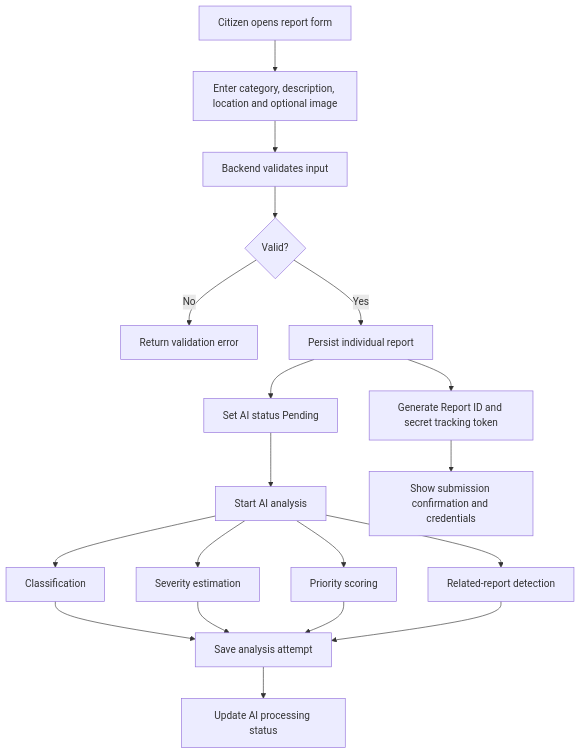
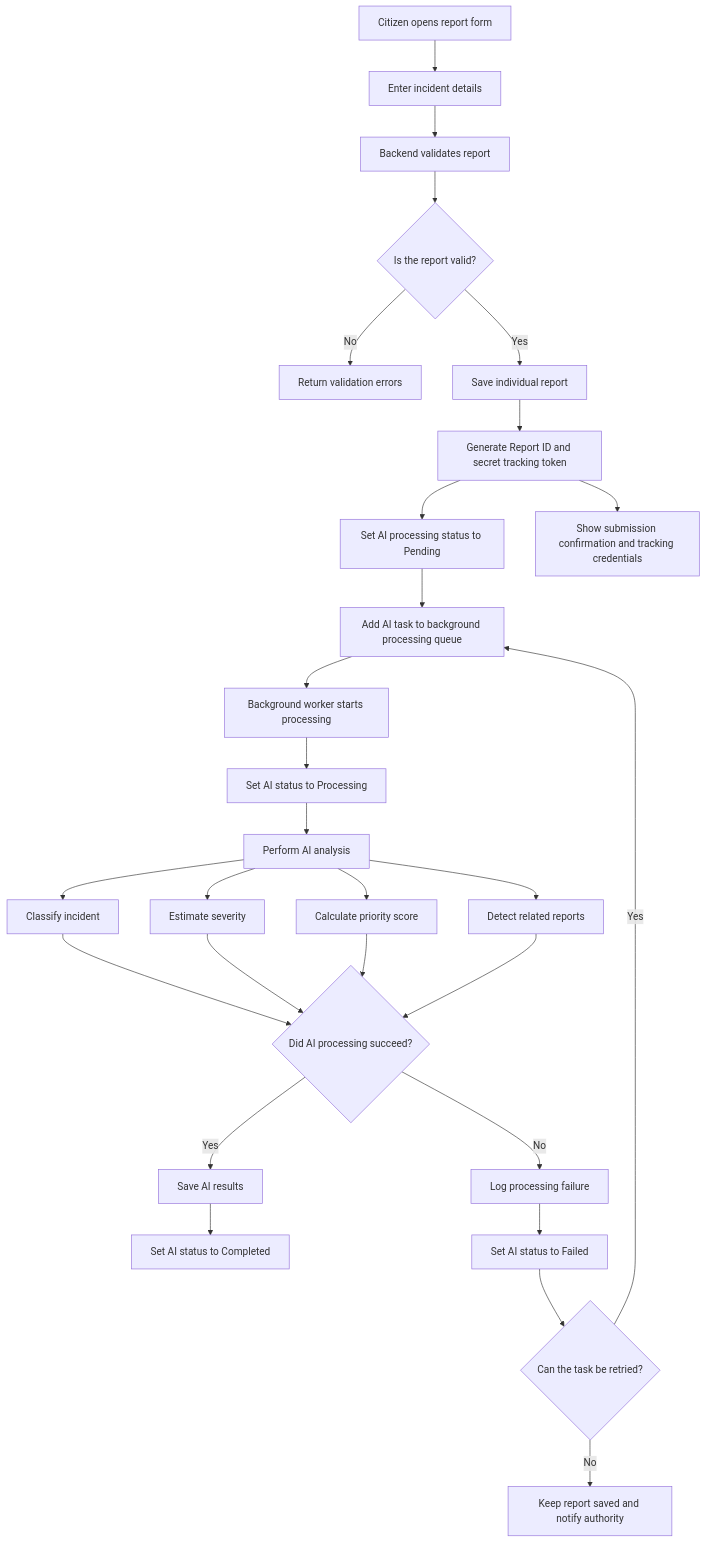
The first of 6 diagrams in docs/10_Workflows_and_Diagrams.md (NishitaSingh01/DisasterGuard), drawn with Mermaid before and after one commit. The commit also changed other lines of this file and 1 other file, not shown here.

````diff
--- a/docs/10_Workflows_and_Diagrams.md
+++ b/docs/10_Workflows_and_Diagrams.md
@@ -5,21 +5,38 @@
-``` mermaid
+```mermaid
 flowchart TD
-    A[Citizen opens report form] --> B[Enter category, description, location and optional image]
-    B --> C[Backend validates input]
-    C --> D{Valid?}
-    D -->|No| E[Return validation error]
-    D -->|Yes| F[Persist individual report]
+    A[Citizen opens report form] --> B[Enter incident details]
+    B --> C[Backend validates report]
+    C --> D{Is the report valid?}
+
+    D -->|No| E[Return validation errors]
+    D -->|Yes| F[Save individual report]
+
     F --> G[Generate Report ID and secret tracking token]
-    F --> H[Set AI status Pending]
-    H --> I[Start AI analysis]
-    I --> J[Classification]
-    I --> K[Severity estimation]
-    I --> L[Priority scoring]
-    I --> M[Related-report detection]
-    J --> N[Save analysis attempt]
-    K --> N
-    L --> N
-    M --> N
-    N --> O[Update AI processing status]
-    G --> P[Show submission confirmation and credentials]
+    G --> H[Set AI processing status to Pending]
+    G --> I[Show submission confirmation and tracking credentials]
+
+    H --> J[Add AI task to background processing queue]
+    J --> K[Background worker starts processing]
+    K --> L[Set AI status to Processing]
+
+    L --> M[Perform AI analysis]
+    M --> N[Classify incident]
+    M --> O[Estimate severity]
+    M --> P[Calculate priority score]
+    M --> Q[Detect related reports]
+
+    N --> R{Did AI processing succeed?}
+    O --> R
+    P --> R
+    Q --> R
+
+    R -->|Yes| S[Save AI results]
+    S --> T[Set AI status to Completed]
+
+    R -->|No| U[Log processing failure]
+    U --> V[Set AI status to Failed]
+    V --> W{Can the task be retried?}
+
+    W -->|Yes| J
+    W -->|No| X[Keep report saved and notify authority]
 ```
````
